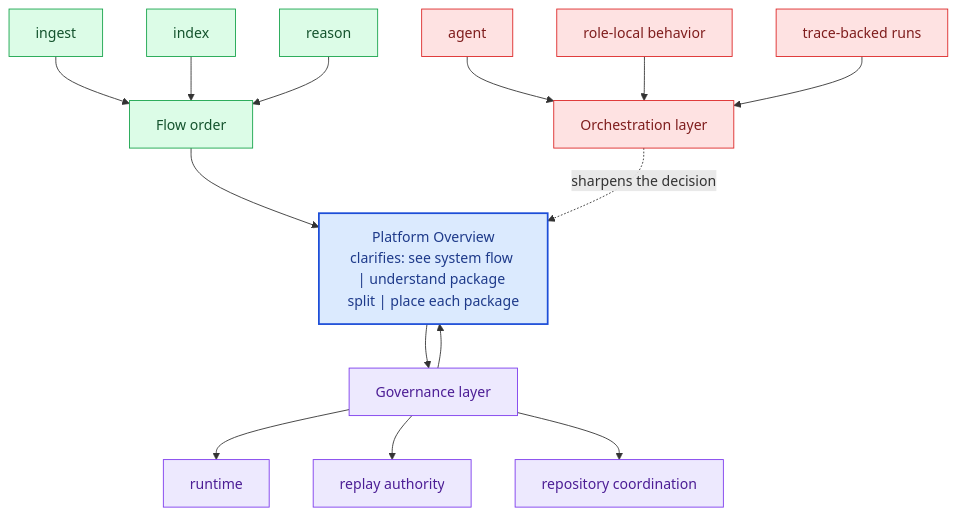
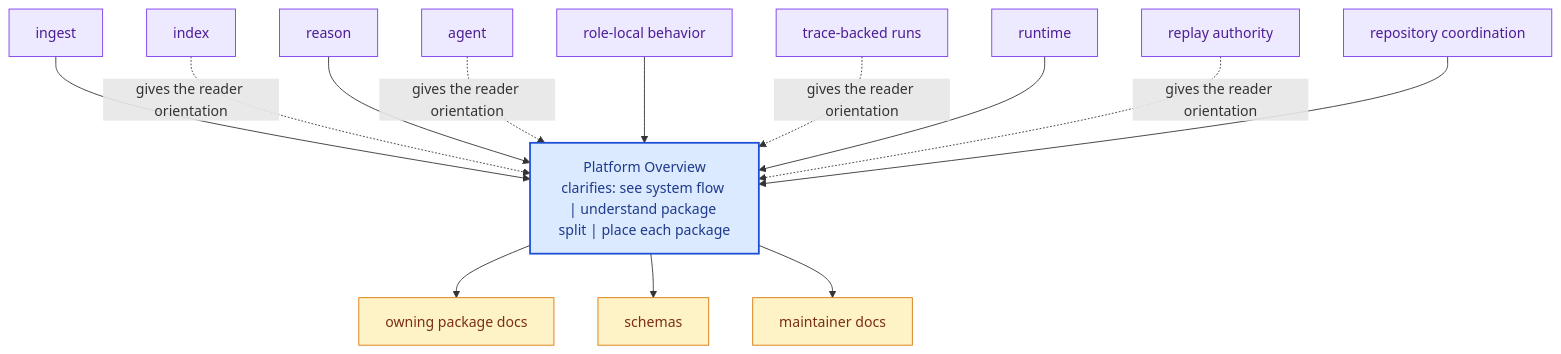
Before and after one commit to bijux/bijux-canon: the diagram in docs/bijux-canon/platform-overview.md, drawn with Mermaid. The commit also changed other lines of this file and 281 other files, not shown here.

Commit message:
docs(diagrams): replace repeated mermaid scaffolds with page-specific summaries

````diff
--- a/docs/bijux-canon/platform-overview.md
+++ b/docs/bijux-canon/platform-overview.md
@@ -78,40 +33,36 @@
 ```mermaid
 flowchart TB
-    promise["Platform Overview<br/>clarifies: see system flow | understand package split | place each package"]
-    classDef promise fill:#dbeafe,stroke:#1d4ed8,color:#1e3a8a,stroke-width:2px;
-    classDef driver fill:#dcfce7,stroke:#16a34a,color:#14532d;
-    classDef constraint fill:#fee2e2,stroke:#dc2626,color:#7f1d1d;
-    classDef ground fill:#ede9fe,stroke:#7c3aed,color:#4c1d95;
-    focus1["Flow order"]
-    focus1 --> promise
-    focus1_1["ingest"]
-    focus1_1 --> focus1
-    focus1_2["index"]
-    focus1_2 --> focus1
-    focus1_3["reason"]
-    focus1_3 --> focus1
-    class focus1 driver;
-    class focus1_1,focus1_2,focus1_3 driver;
-    focus2["Orchestration layer"]
-    focus2 -.sharpens the decision.-> promise
-    focus2_1["agent"]
-    focus2_1 --> focus2
-    focus2_2["role-local behavior"]
-    focus2_2 --> focus2
-    focus2_3["trace-backed runs"]
-    focus2_3 --> focus2
-    class focus2 constraint;
-    class focus2_1,focus2_2,focus2_3 constraint;
-    focus3["Governance layer"]
-    focus3 --> promise
-    promise --> focus3
-    focus3_1["runtime"]
-    focus3 --> focus3_1
-    focus3_2["replay authority"]
-    focus3 --> focus3_2
-    focus3_3["repository coordination"]
-    focus3 --> focus3_3
-    class focus3 ground;
-    class focus3_1,focus3_2,focus3_3 ground;
-    class promise promise;
+    page["Platform Overview<br/>clarifies: see system flow | understand package split | place each package"]
+    classDef page fill:#dbeafe,stroke:#1d4ed8,color:#1e3a8a,stroke-width:2px;
+    classDef positive fill:#dcfce7,stroke:#16a34a,color:#14532d;
+    classDef caution fill:#fee2e2,stroke:#dc2626,color:#7f1d1d;
+    classDef anchor fill:#ede9fe,stroke:#7c3aed,color:#4c1d95;
+    classDef action fill:#fef3c7,stroke:#d97706,color:#7c2d12;
+    detail1["ingest"]
+    detail1 --> page
+    detail2["index"]
+    detail2 -.gives the reader orientation.-> page
+    detail3["reason"]
+    detail3 --> page
+    detail4["agent"]
+    detail4 -.gives the reader orientation.-> page
+    detail5["role-local behavior"]
+    detail5 --> page
+    detail6["trace-backed runs"]
+    detail6 -.gives the reader orientation.-> page
+    detail7["runtime"]
+    detail7 --> page
+    detail8["replay authority"]
+    detail8 -.gives the reader orientation.-> page
+    detail9["repository coordination"]
+    detail9 --> page
+    next1["owning package docs"]
+    page --> next1
+    next2["schemas"]
+    page --> next2
+    next3["maintainer docs"]
+    page --> next3
+    class page page;
+    class detail1,detail2,detail3,detail4,detail5,detail6,detail7,detail8,detail9 anchor;
+    class next1,next2,next3 action;
 ```
````
